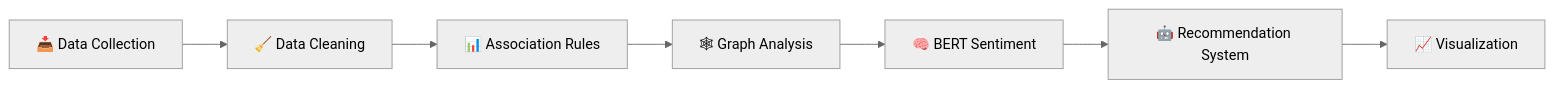
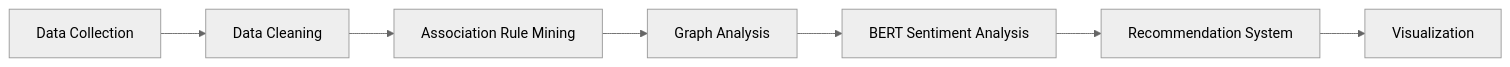
The diagram in README.md (omnyaayman/Food-Delivery-Pattern-Analysis), drawn with Mermaid (neutral theme) before and after one commit. The commit also changed other lines of this file, not shown here.

````diff
--- a/README.md
+++ b/README.md
@@ -174,10 +187,10 @@
 ```mermaid
 flowchart LR
 
-A[📥 Data Collection] --> B[🧹 Data Cleaning]
-B --> C[📊 Association Rules]
-C --> D[🕸 Graph Analysis]
-D --> E[🧠 BERT Sentiment]
-E --> F[🤖 Recommendation System]
-F --> G[📈 Visualization]
+A[Data Collection] --> B[Data Cleaning]
+B --> C[Association Rule Mining]
+C --> D[Graph Analysis]
+D --> E[BERT Sentiment Analysis]
+E --> F[Recommendation System]
+F --> G[Visualization]
 ```
````
